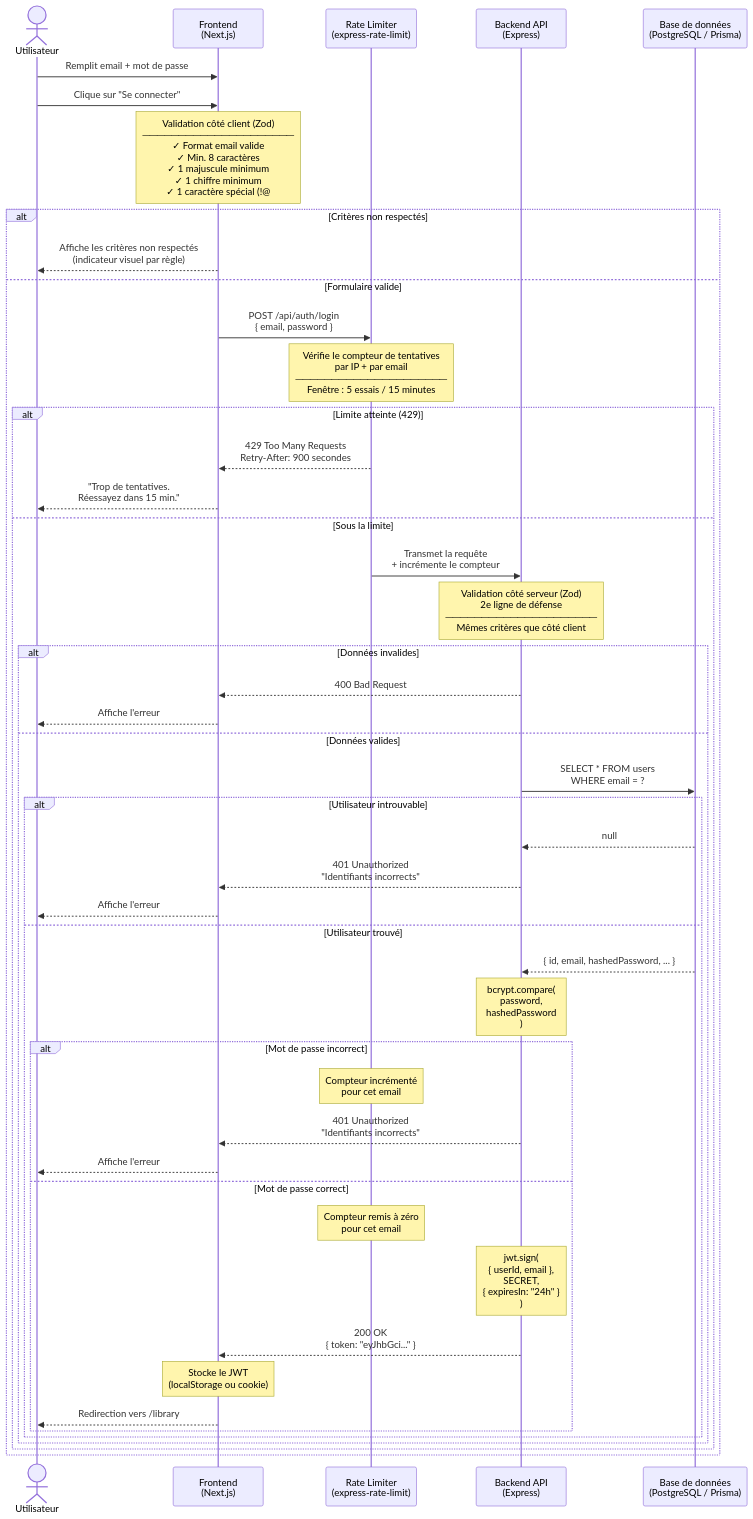
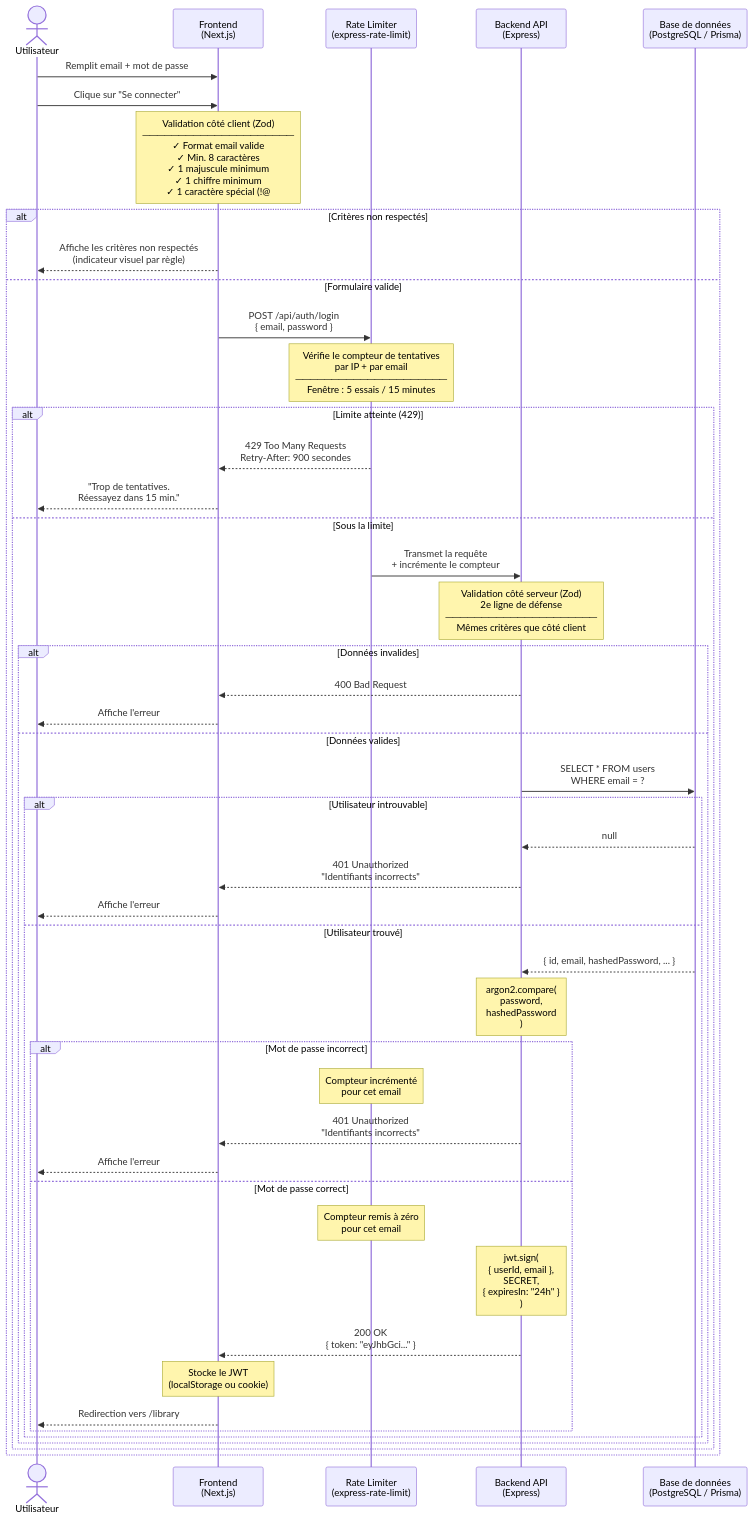
Before and after one commit to opheliecuny/BlaBlaBook: the diagram in docs/sprint 0/diagrammes/sequence-fonctionnalité/sequence-login.md, drawn with Mermaid. The commit also changed other lines of this file and 24 other files, not shown here.

````diff
--- a/docs/sprint 0/diagrammes/sequence-fonctionnalité/sequence-login.md
+++ b/docs/sprint 0/diagrammes/sequence-fonctionnalité/sequence-login.md
@@ -11,61 +11,61 @@
 ```mermaid
 sequenceDiagram
     actor U as Utilisateur
     participant F as Frontend<br/>(Next.js)
     participant RL as Rate Limiter<br/>(express-rate-limit)
     participant B as Backend API<br/>(Express)
     participant DB as Base de données<br/>(PostgreSQL / Prisma)
 
     U->>F: Remplit email + mot de passe
     U->>F: Clique sur "Se connecter"
 
     Note over F: Validation côté client (Zod)<br/>─────────────────────<br/>✓ Format email valide<br/>✓ Min. 8 caractères<br/>✓ 1 majuscule minimum<br/>✓ 1 chiffre minimum<br/>✓ 1 caractère spécial (!@#$...)
 
     alt Critères non respectés
         F-->>U: Affiche les critères non respectés<br/>(indicateur visuel par règle)
     else Formulaire valide
         F->>RL: POST /api/auth/login<br/>{ email, password }
 
         Note over RL: Vérifie le compteur de tentatives<br/>par IP + par email<br/>─────────────────────<br/>Fenêtre : 5 essais / 15 minutes
 
         alt Limite atteinte (429)
             RL-->>F: 429 Too Many Requests<br/>Retry-After: 900 secondes
             F-->>U: "Trop de tentatives.<br/>Réessayez dans 15 min."
         else Sous la limite
             RL->>B: Transmet la requête<br/>+ incrémente le compteur
 
             Note over B: Validation côté serveur (Zod)<br/>2e ligne de défense<br/>─────────────────────<br/>Mêmes critères que côté client
 
             alt Données invalides
                 B-->>F: 400 Bad Request
                 F-->>U: Affiche l'erreur
             else Données valides
                 B->>DB: SELECT * FROM users<br/>WHERE email = ?
 
                 alt Utilisateur introuvable
                     DB-->>B: null
                     B-->>F: 401 Unauthorized<br/>"Identifiants incorrects"
                     F-->>U: Affiche l'erreur
                 else Utilisateur trouvé
                     DB-->>B: { id, email, hashedPassword, ... }
 
-                    Note over B: bcrypt.compare(<br/>  password,<br/>  hashedPassword<br/>)
+                    Note over B: argon2.compare(<br/>  password,<br/>  hashedPassword<br/>)
 
                     alt Mot de passe incorrect
                         Note over RL: Compteur incrémenté<br/>pour cet email
                         B-->>F: 401 Unauthorized<br/>"Identifiants incorrects"
                         F-->>U: Affiche l'erreur
                     else Mot de passe correct
                         Note over RL: Compteur remis à zéro<br/>pour cet email
                         Note over B: jwt.sign(<br/>  { userId, email },<br/>  SECRET,<br/>  { expiresIn: "24h" }<br/>)
                         B-->>F: 200 OK<br/>{ token: "eyJhbGci..." }
 
                         Note over F: Stocke le JWT<br/>(localStorage ou cookie)
 
                         F-->>U: Redirection vers /library
                     end
                 end
             end
         end
     end
 ```
````
